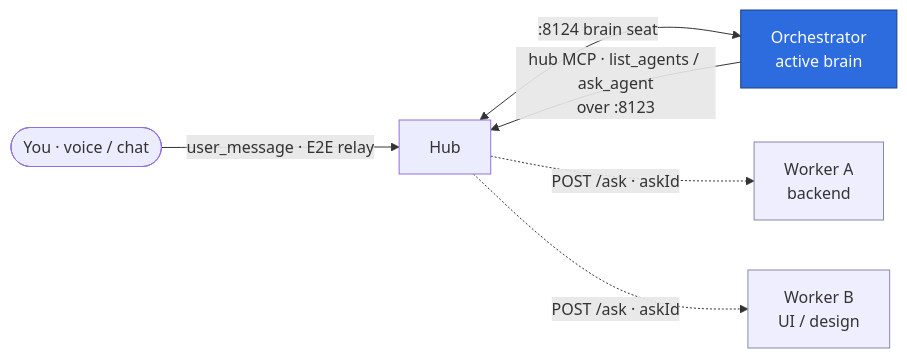
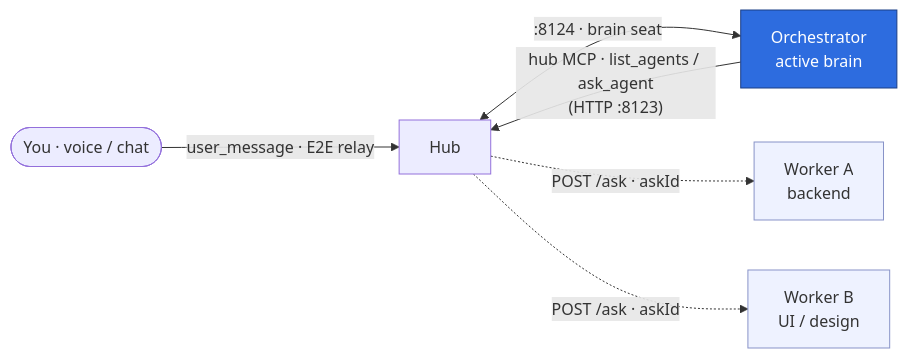
Before and after one commit to rg1989/Agentic-Android: the first of 3 diagrams in docs/orchestration.md, drawn with Mermaid. The commit also changed other lines of this file, not shown here.

Commit message:
docs: orchestration architecture, diagrams, and safety mechanisms

````diff
--- a/docs/orchestration.md
+++ b/docs/orchestration.md
@@ -9,11 +9,12 @@
 ```mermaid
 graph LR
   U([You · voice / chat]) -->|user_message · E2E relay| H[Hub]
-  H <-->|:8124 brain seat| O[Orchestrator<br/>active brain]
-  O -->|hub MCP · list_agents / ask_agent<br/>over :8123| H
-  H -. POST /ask · askId .-> A[Worker A<br/>backend]
-  H -. POST /ask · askId .-> B[Worker B<br/>UI / design]
+  H <-->|":8124 · brain seat"| O[Orchestrator<br/>active brain]
+  O -->|"hub MCP · list_agents / ask_agent<br/>(HTTP :8123)"| H
+  H -. "POST /ask · askId" .-> A[Worker A<br/>backend]
+  H -. "POST /ask · askId" .-> B[Worker B<br/>UI / design]
   classDef o fill:#2d6cdf,color:#fff,stroke:#1b3e85;
-  classDef w fill:#eef,stroke:#88a;
-  class O o; class A,B w;
+  classDef w fill:#eef2ff,stroke:#8893c8;
+  class O o;
+  class A,B w;
 ```
````
